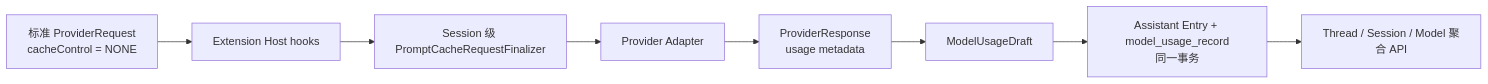
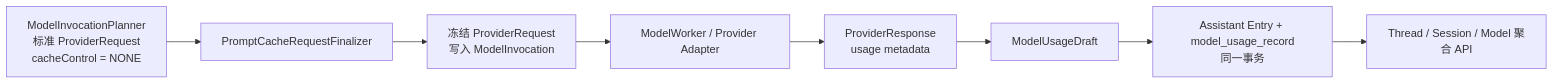
The diagram in docs/technical-solution/prompt-cache-usage-cost.md (fengwk/kk-studio), drawn with Mermaid before and after one commit. The commit also changed other lines of this file and 130 other files, not shown here.

````diff
--- a/docs/technical-solution/prompt-cache-usage-cost.md
+++ b/docs/technical-solution/prompt-cache-usage-cost.md
@@ -7,10 +7,10 @@
 ```mermaid
 flowchart LR
-    A[标准 ProviderRequest<br/>cacheControl = NONE] --> B[Extension Host hooks]
-    B --> C[Session 级 PromptCacheRequestFinalizer]
-    C --> D[Provider Adapter]
+    A[ModelInvocationPlanner<br/>标准 ProviderRequest<br/>cacheControl = NONE] --> C[PromptCacheRequestFinalizer]
+    C --> R[冻结 ProviderRequest<br/>写入 ModelInvocation]
+    R --> D[ModelWorker / Provider Adapter]
     D --> E[ProviderResponse<br/>usage metadata]
     E --> F[ModelUsageDraft]
     F --> G[Assistant Entry + model_usage_record<br/>同一事务]
     G --> H[Thread / Session / Model 聚合 API]
 ```
````
